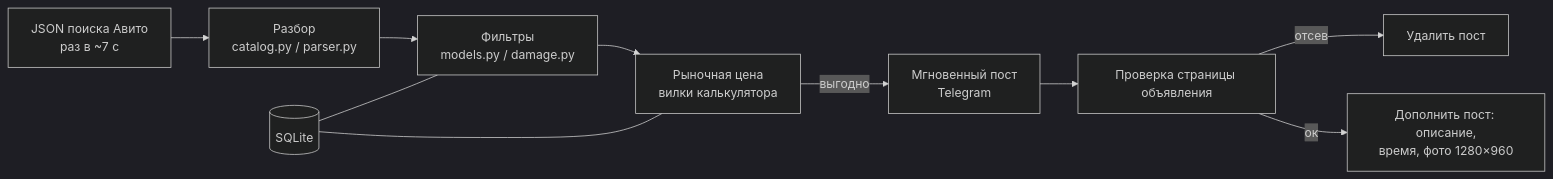
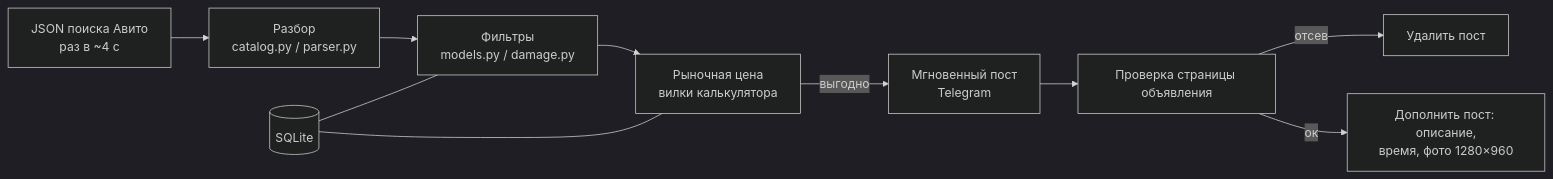
The diagram in README.ru.md (Njvu/avito-iphone-bot), drawn with Mermaid (dark theme) before and after one commit. The commit also changed other lines of this file and 15 other files, not shown here.

````diff
--- a/README.ru.md
+++ b/README.ru.md
@@ -105,12 +104,12 @@
 ```mermaid
 flowchart LR
-    A[JSON поиска Авито<br/>раз в ~7 с] --> P[Разбор<br/>catalog.py / parser.py]
+    A[JSON поиска Авито<br/>раз в ~4 с] --> P[Разбор<br/>catalog.py / parser.py]
     P --> F[Фильтры<br/>models.py / damage.py]
     F --> M[Рыночная цена<br/>вилки калькулятора]
     M -->|выгодно| I[Мгновенный пост<br/>Telegram]
     I --> V[Проверка страницы объявления]
     V -->|отсев| D[Удалить пост]
     V -->|ок| E[Дополнить пост: описание,<br/>время, фото 1280×960]
     S[(SQLite)] --- F
     S --- M
 ```
````
